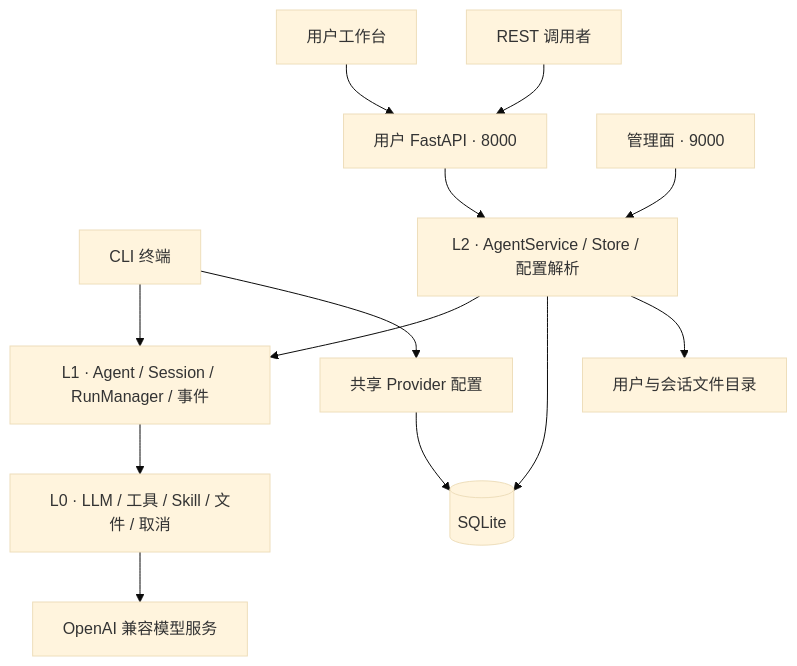
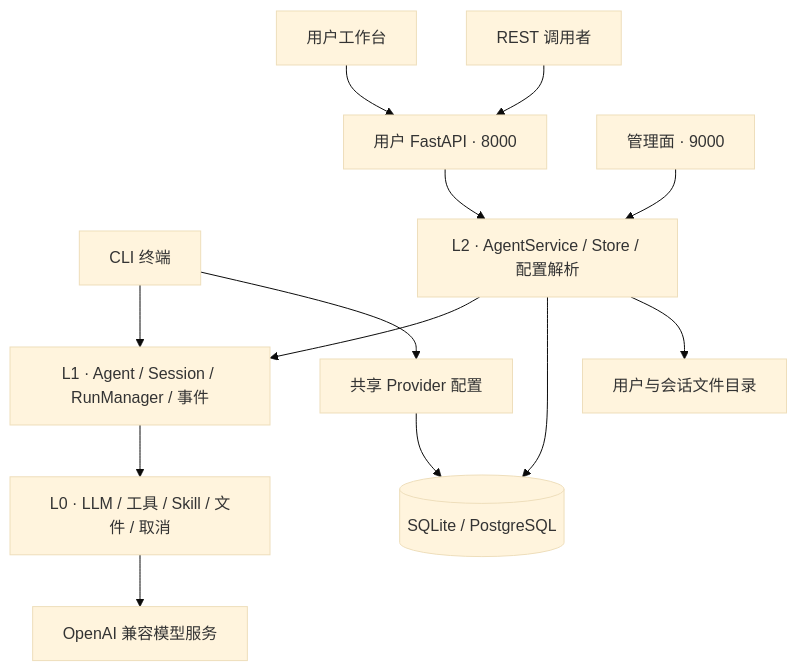
Before and after one commit to umeiko/UmEkO: the first of 2 diagrams in docs/architecture/index.md, drawn with Mermaid (base theme). The commit also changed 36 other files, not shown here.

Commit message:
Add PostgreSQL support for shared storage

````diff
--- a/docs/architecture/index.md
+++ b/docs/architecture/index.md
@@ -7,15 +7,15 @@
 ```mermaid
 flowchart TB
     CLI[CLI 终端] --> Engine
     Browser[用户工作台] --> Web[用户 FastAPI · 8000]
     Caller[REST 调用者] --> Web
     Admin[管理面 · 9000] --> Host
     Web --> Host[L2 · AgentService / Store / 配置解析]
     Host --> Engine[L1 · Agent / Session / RunManager / 事件]
     Engine --> Core[L0 · LLM / 工具 / Skill / 文件 / 取消]
     Core --> Provider[OpenAI 兼容模型服务]
-    Host --> DB[(SQLite)]
+    Host --> DB[(SQLite / PostgreSQL)]
     Host --> Disk[用户与会话文件目录]
     CLI --> Config[共享 Provider 配置]
     Config --> DB
 ```
````
